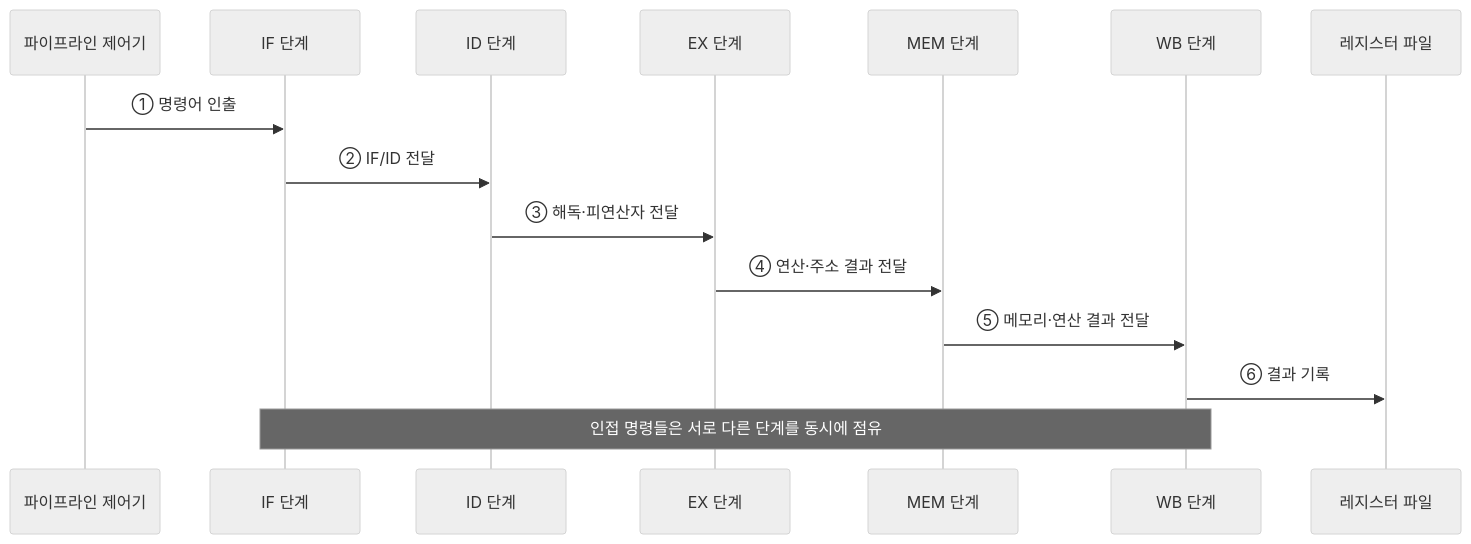
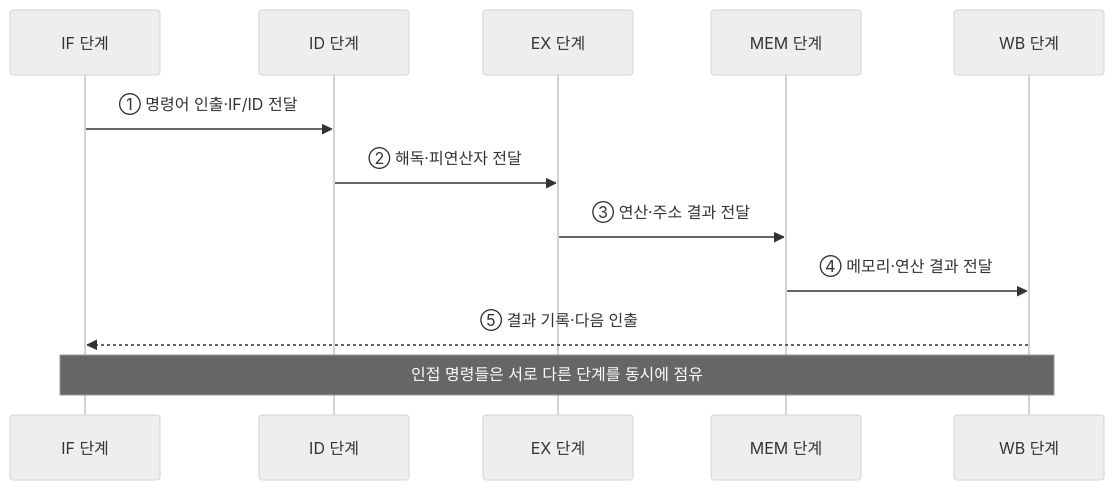
One commit to agnusdei1207/knowledge-base changed the second of 2 diagrams in src/content/docs/notes/02-hardware/006_pipelining.md. Above: the diagram before and after it, drawn with Mermaid (neutral theme). The commit also changed other lines of this file and 20 other files, not shown here.

````diff
--- a/src/content/docs/notes/02-hardware/006_pipelining.md
+++ b/src/content/docs/notes/02-hardware/006_pipelining.md
@@ -85,17 +85,14 @@
 ```mermaid
 sequenceDiagram
-    participant C as 파이프라인 제어기
     participant F as IF 단계
     participant D as ID 단계
     participant E as EX 단계
     participant M as MEM 단계
     participant W as WB 단계
-    participant R as 레지스터 파일
-    C->>F: ① 명령어 인출
-    F->>D: ② IF/ID 전달
-    D->>E: ③ 해독·피연산자 전달
-    E->>M: ④ 연산·주소 결과 전달
-    M->>W: ⑤ 메모리·연산 결과 전달
-    W->>R: ⑥ 결과 기록
+    F->>D: ① 명령어 인출·IF/ID 전달
+    D->>E: ② 해독·피연산자 전달
+    E->>M: ③ 연산·주소 결과 전달
+    M->>W: ④ 메모리·연산 결과 전달
+    W-->>F: ⑤ 결과 기록·다음 인출
     Note over F,W: 인접 명령들은 서로 다른 단계를 동시에 점유
 ```
````
